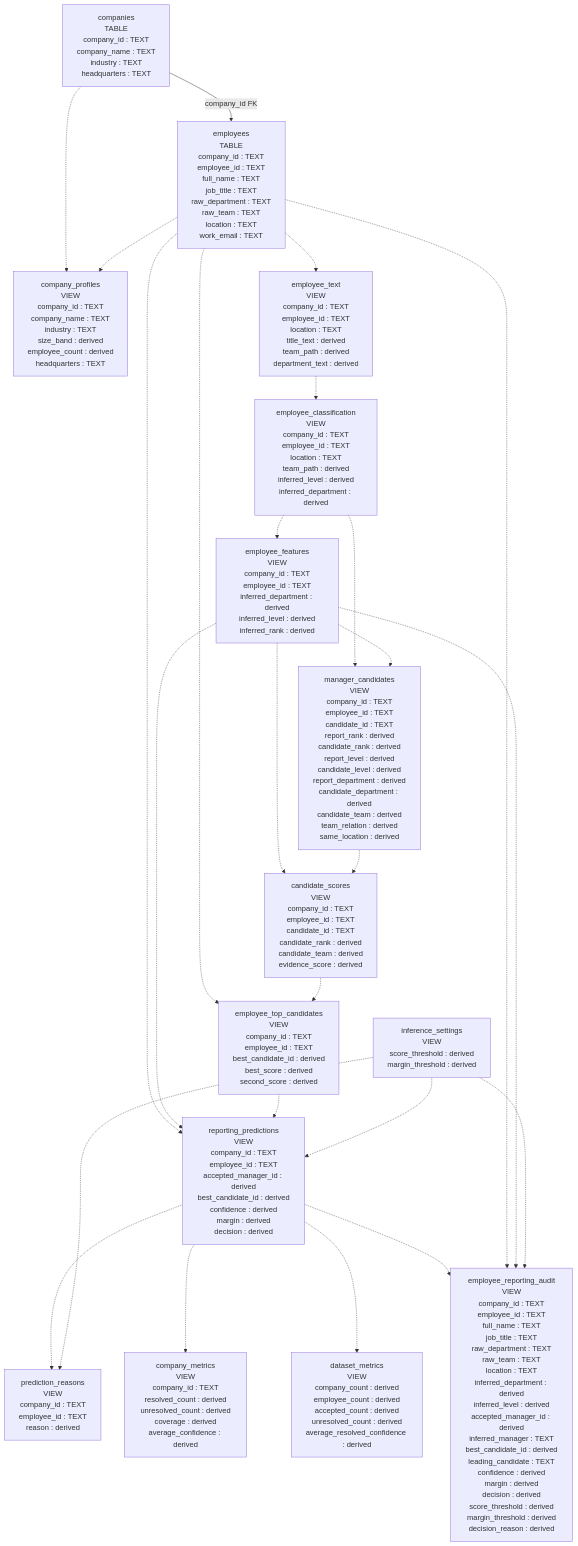
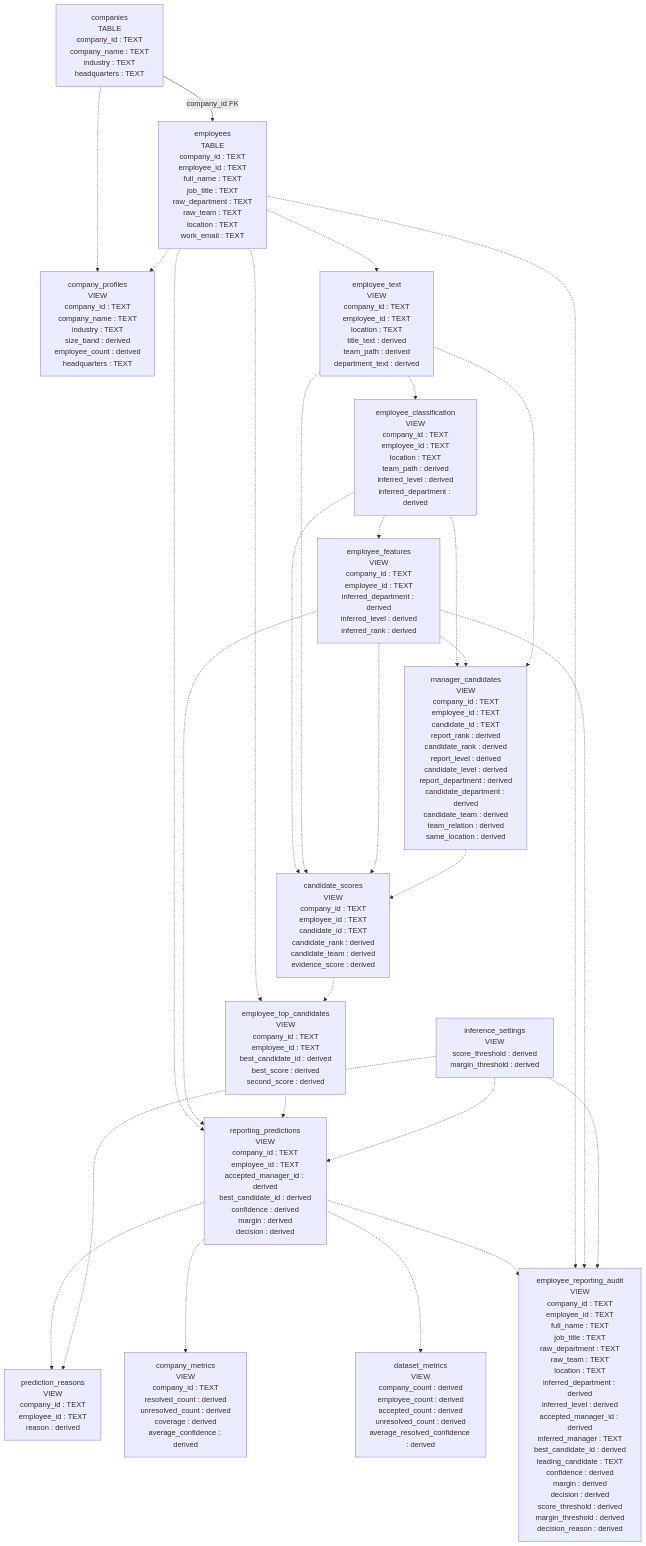
The diagram in public/database-erd.mmd (meet2712/orggraph-python), drawn with Mermaid before and after one commit. The commit also changed 10 other files, not shown here.

```diff
--- a/public/database-erd.mmd
+++ b/public/database-erd.mmd
@@ -1,40 +1,43 @@
 flowchart TB
     companies["companies<br/>TABLE<br/>company_id : TEXT<br/>company_name : TEXT<br/>industry : TEXT<br/>headquarters : TEXT"]
     employees["employees<br/>TABLE<br/>company_id : TEXT<br/>employee_id : TEXT<br/>full_name : TEXT<br/>job_title : TEXT<br/>raw_department : TEXT<br/>raw_team : TEXT<br/>location : TEXT<br/>work_email : TEXT"]
     inference_settings["inference_settings<br/>VIEW<br/>score_threshold : derived<br/>margin_threshold : derived"]
     company_profiles["company_profiles<br/>VIEW<br/>company_id : TEXT<br/>company_name : TEXT<br/>industry : TEXT<br/>size_band : derived<br/>employee_count : derived<br/>headquarters : TEXT"]
     employee_text["employee_text<br/>VIEW<br/>company_id : TEXT<br/>employee_id : TEXT<br/>location : TEXT<br/>title_text : derived<br/>team_path : derived<br/>department_text : derived"]
     employee_classification["employee_classification<br/>VIEW<br/>company_id : TEXT<br/>employee_id : TEXT<br/>location : TEXT<br/>team_path : derived<br/>inferred_level : derived<br/>inferred_department : derived"]
     employee_features["employee_features<br/>VIEW<br/>company_id : TEXT<br/>employee_id : TEXT<br/>inferred_department : derived<br/>inferred_level : derived<br/>inferred_rank : derived"]
     manager_candidates["manager_candidates<br/>VIEW<br/>company_id : TEXT<br/>employee_id : TEXT<br/>candidate_id : TEXT<br/>report_rank : derived<br/>candidate_rank : derived<br/>report_level : derived<br/>candidate_level : derived<br/>report_department : derived<br/>candidate_department : derived<br/>candidate_team : derived<br/>team_relation : derived<br/>same_location : derived"]
     candidate_scores["candidate_scores<br/>VIEW<br/>company_id : TEXT<br/>employee_id : TEXT<br/>candidate_id : TEXT<br/>candidate_rank : derived<br/>candidate_team : derived<br/>evidence_score : derived"]
     employee_top_candidates["employee_top_candidates<br/>VIEW<br/>company_id : TEXT<br/>employee_id : TEXT<br/>best_candidate_id : derived<br/>best_score : derived<br/>second_score : derived"]
     reporting_predictions["reporting_predictions<br/>VIEW<br/>company_id : TEXT<br/>employee_id : TEXT<br/>accepted_manager_id : derived<br/>best_candidate_id : derived<br/>confidence : derived<br/>margin : derived<br/>decision : derived"]
     prediction_reasons["prediction_reasons<br/>VIEW<br/>company_id : TEXT<br/>employee_id : TEXT<br/>reason : derived"]
     company_metrics["company_metrics<br/>VIEW<br/>company_id : TEXT<br/>resolved_count : derived<br/>unresolved_count : derived<br/>coverage : derived<br/>average_confidence : derived"]
     dataset_metrics["dataset_metrics<br/>VIEW<br/>company_count : derived<br/>employee_count : derived<br/>accepted_count : derived<br/>unresolved_count : derived<br/>average_resolved_confidence : derived"]
     employee_reporting_audit["employee_reporting_audit<br/>VIEW<br/>company_id : TEXT<br/>employee_id : TEXT<br/>full_name : TEXT<br/>job_title : TEXT<br/>raw_department : TEXT<br/>raw_team : TEXT<br/>location : TEXT<br/>inferred_department : derived<br/>inferred_level : derived<br/>accepted_manager_id : derived<br/>inferred_manager : TEXT<br/>best_candidate_id : derived<br/>leading_candidate : TEXT<br/>confidence : derived<br/>margin : derived<br/>decision : derived<br/>score_threshold : derived<br/>margin_threshold : derived<br/>decision_reason : derived"]
     companies -->|company_id FK| employees
     companies -.-> company_profiles
     employees -.-> company_profiles
     employees -.-> employee_text
     employee_text -.-> employee_classification
     employee_classification -.-> employee_features
     employee_classification -.-> manager_candidates
     employee_features -.-> manager_candidates
+    employee_text -.-> manager_candidates
+    employee_classification -.-> candidate_scores
+    employee_text -.-> candidate_scores
     employee_features -.-> candidate_scores
     manager_candidates -.-> candidate_scores
     employees -.-> employee_top_candidates
     candidate_scores -.-> employee_top_candidates
     employees -.-> reporting_predictions
     employee_features -.-> reporting_predictions
     employee_top_candidates -.-> reporting_predictions
     inference_settings -.-> reporting_predictions
     reporting_predictions -.-> prediction_reasons
     inference_settings -.-> prediction_reasons
     reporting_predictions -.-> company_metrics
     reporting_predictions -.-> dataset_metrics
     reporting_predictions -.-> employee_reporting_audit
     employees -.-> employee_reporting_audit
     employee_features -.-> employee_reporting_audit
     inference_settings -.-> employee_reporting_audit
```
